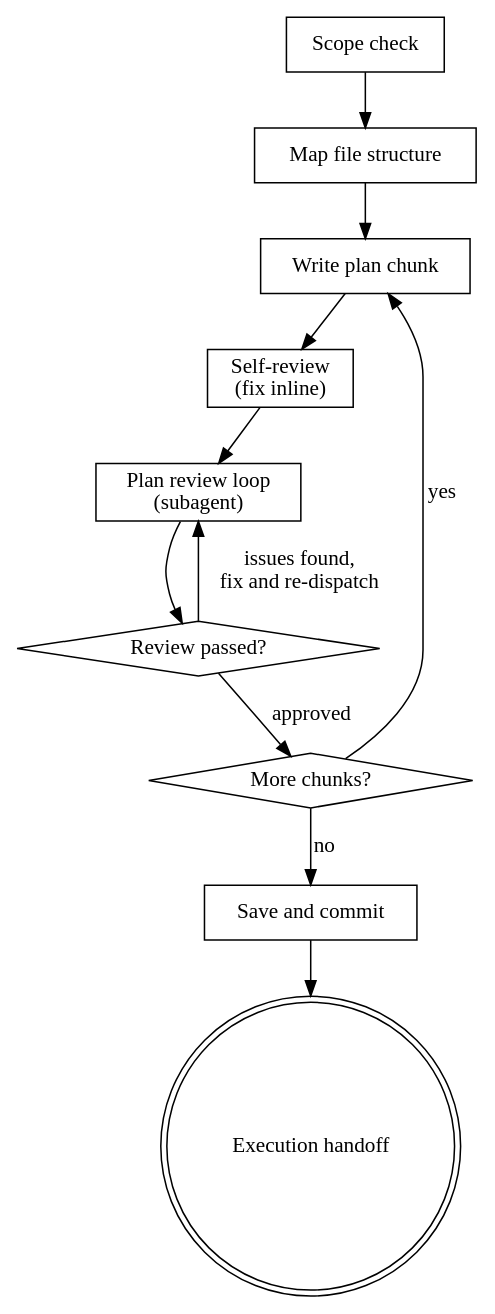
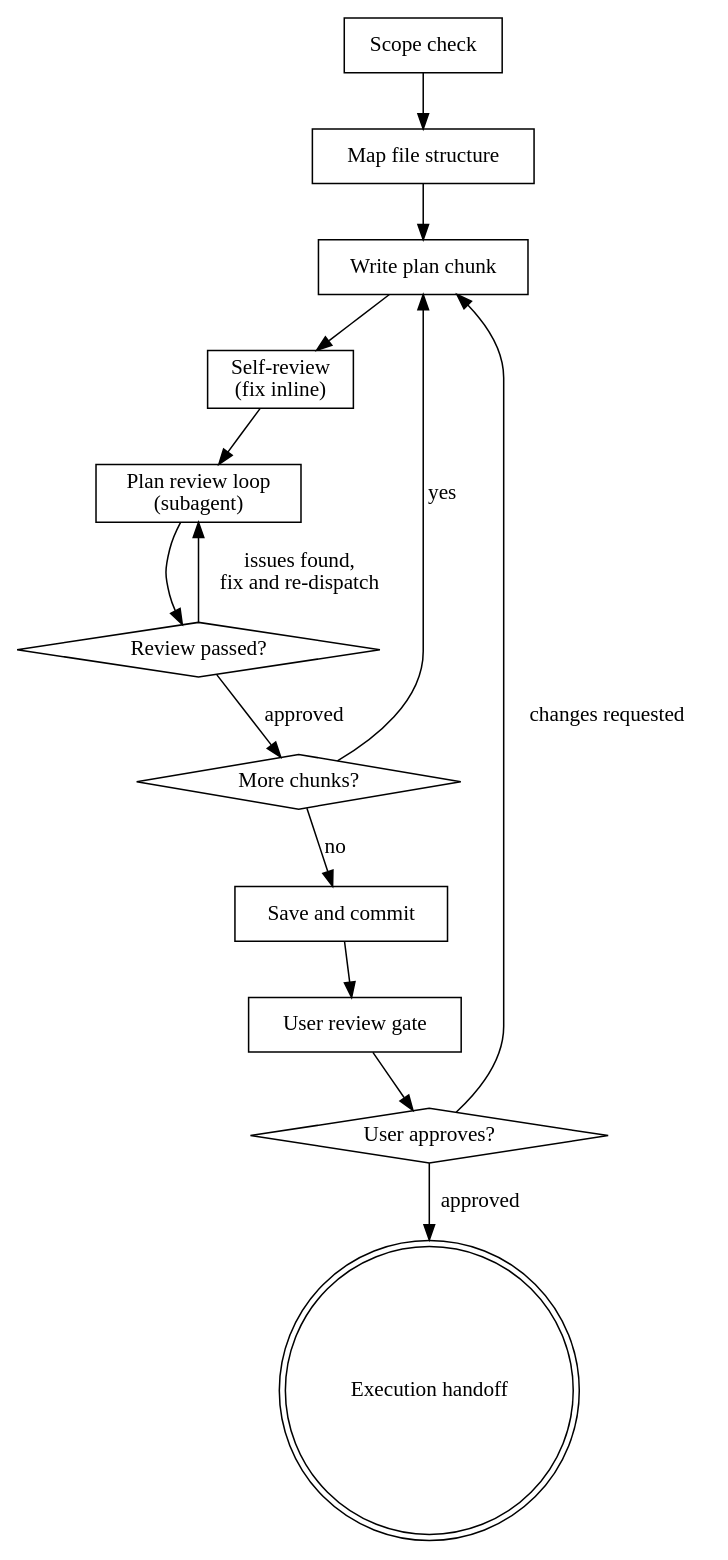
Before and after one commit to jambrose/superpowers: the diagram in skills/writing-plans/SKILL.md, drawn with Graphviz. The commit also changed other lines of this file and 2 other files, not shown here.

First line of the commit message:
feat: add review loops and user gates to plan and prompt writing skills

````diff
--- a/skills/writing-plans/SKILL.md
+++ b/skills/writing-plans/SKILL.md
@@ -39,24 +40,29 @@
 ```dot
 digraph writing_plans {
     "Scope check" [shape=box];
     "Map file structure" [shape=box];
     "Write plan chunk" [shape=box];
     "Self-review\n(fix inline)" [shape=box];
     "Plan review loop\n(subagent)" [shape=box];
     "Review passed?" [shape=diamond];
     "More chunks?" [shape=diamond];
     "Save and commit" [shape=box];
+    "User review gate" [shape=box];
+    "User approves?" [shape=diamond];
     "Execution handoff" [shape=doublecircle];
 
     "Scope check" -> "Map file structure";
     "Map file structure" -> "Write plan chunk";
     "Write plan chunk" -> "Self-review\n(fix inline)";
     "Self-review\n(fix inline)" -> "Plan review loop\n(subagent)";
     "Plan review loop\n(subagent)" -> "Review passed?";
     "Review passed?" -> "Plan review loop\n(subagent)" [label="issues found,\nfix and re-dispatch"];
     "Review passed?" -> "More chunks?" [label="approved"];
     "More chunks?" -> "Write plan chunk" [label="yes"];
     "More chunks?" -> "Save and commit" [label="no"];
-    "Save and commit" -> "Execution handoff";
+    "Save and commit" -> "User review gate";
+    "User review gate" -> "User approves?";
+    "User approves?" -> "Write plan chunk" [label="changes requested"];
+    "User approves?" -> "Execution handoff" [label="approved"];
 }
 ```
````
